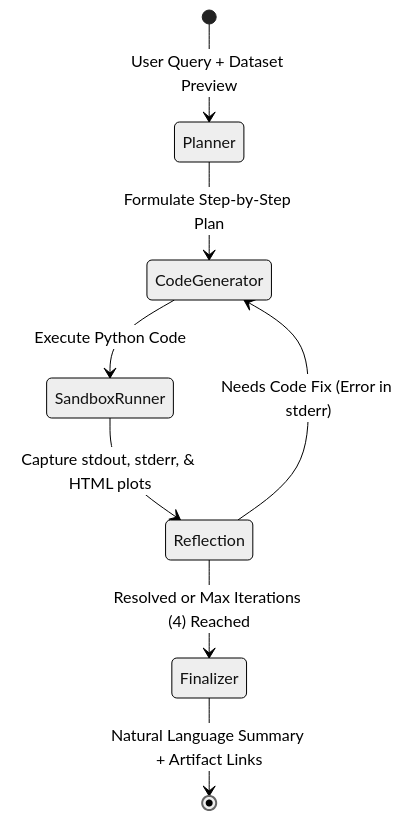
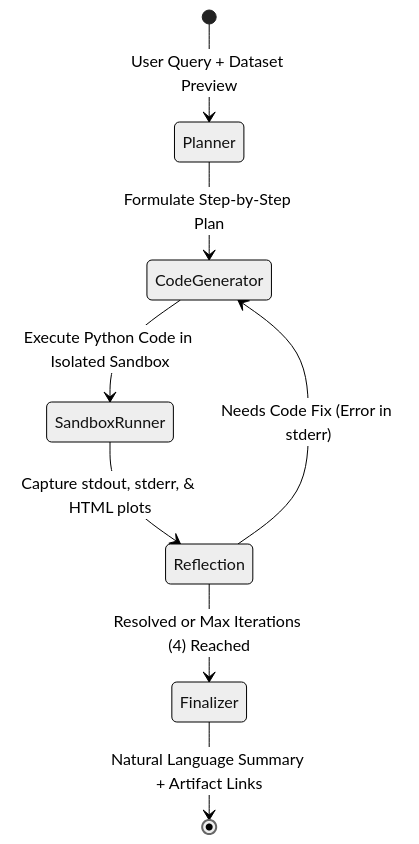
The diagram in README.md (armando-mio/ReAct-Data-Analysis-Service), drawn with Mermaid (neutral theme) before and after one commit. The commit also changed other lines of this file, not shown here.

Commit message:
docs(readme): add enterprise hexagonal diagrams, design decisions, DSPy benchmarks and quickstart guides

````diff
--- a/README.md
+++ b/README.md
@@ -69,10 +68,10 @@
 ```mermaid
 stateDiagram-v2
     [*] --> Planner: User Query + Dataset Preview
     Planner --> CodeGenerator: Formulate Step-by-Step Plan
-    CodeGenerator --> SandboxRunner: Execute Python Code
+    CodeGenerator --> SandboxRunner: Execute Python Code in Isolated Sandbox
     SandboxRunner --> Reflection: Capture stdout, stderr, & HTML plots
     Reflection --> CodeGenerator: Needs Code Fix (Error in stderr)
     Reflection --> Finalizer: Resolved or Max Iterations (4) Reached
     Finalizer --> [*]: Natural Language Summary + Artifact Links
 ```
````
